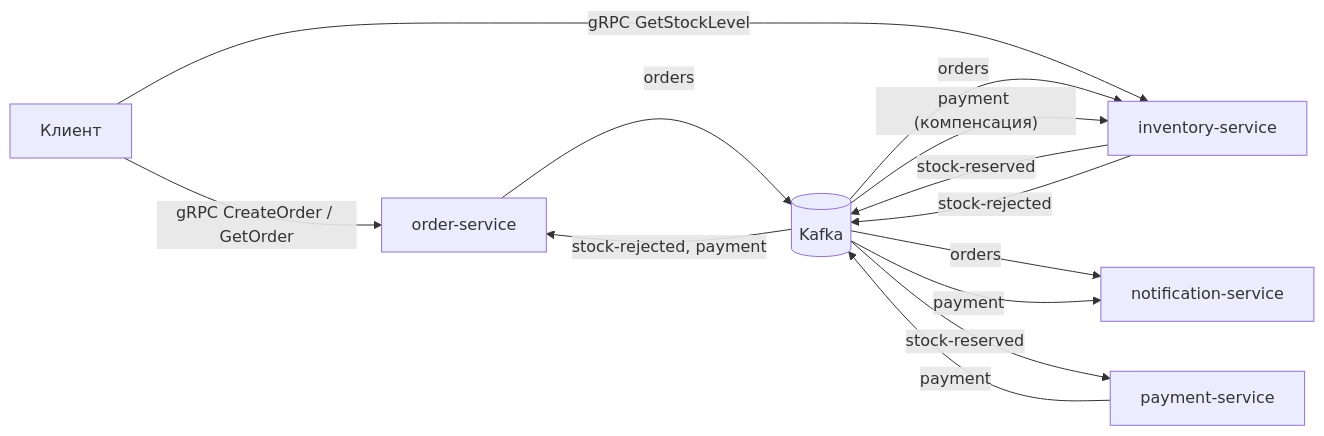
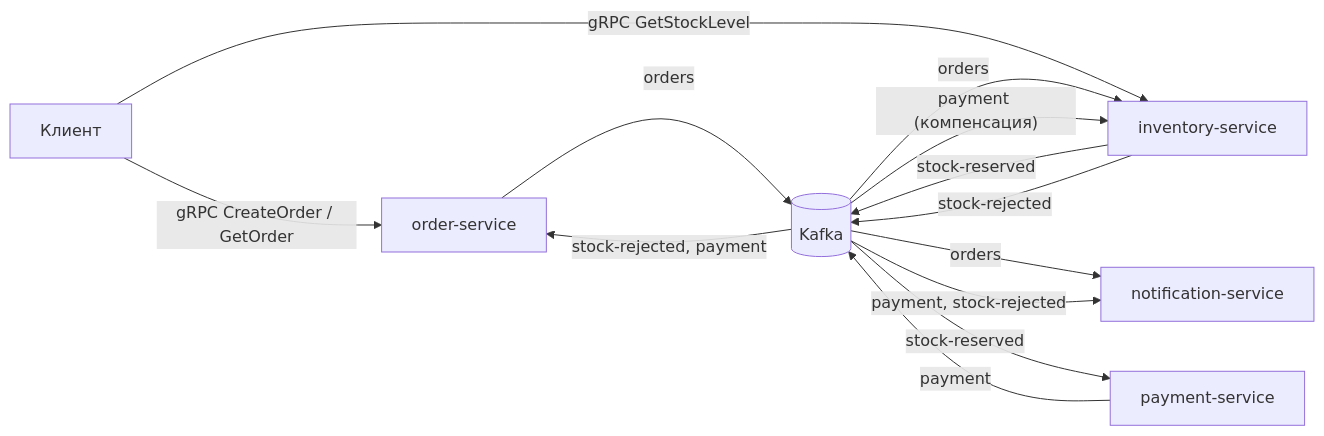
One commit to DragonZero000/Event-Driven-Order-Processing-System changed the first of 4 diagrams in README.md. Above: the diagram before and after it, drawn with Mermaid. The commit also changed other lines of this file and 11 other files, not shown here.

````diff
--- a/README.md
+++ b/README.md
@@ -49,15 +49,15 @@
 ```mermaid
 flowchart LR
     C[Клиент] -- "gRPC CreateOrder / GetOrder" --> O[order-service]
     C -- "gRPC GetStockLevel" --> I[inventory-service]
     O -- "orders" --> K[(Kafka)]
     K -- "orders" --> I
     K -- "orders" --> N[notification-service]
     I -- "stock-reserved" --> K
     I -- "stock-rejected" --> K
     K -- "stock-reserved" --> P[payment-service]
     P -- "payment" --> K
     K -- "stock-rejected, payment" --> O
     K -- "payment (компенсация)" --> I
-    K -- "payment" --> N
+    K -- "payment, stock-rejected" --> N
 ```
````
